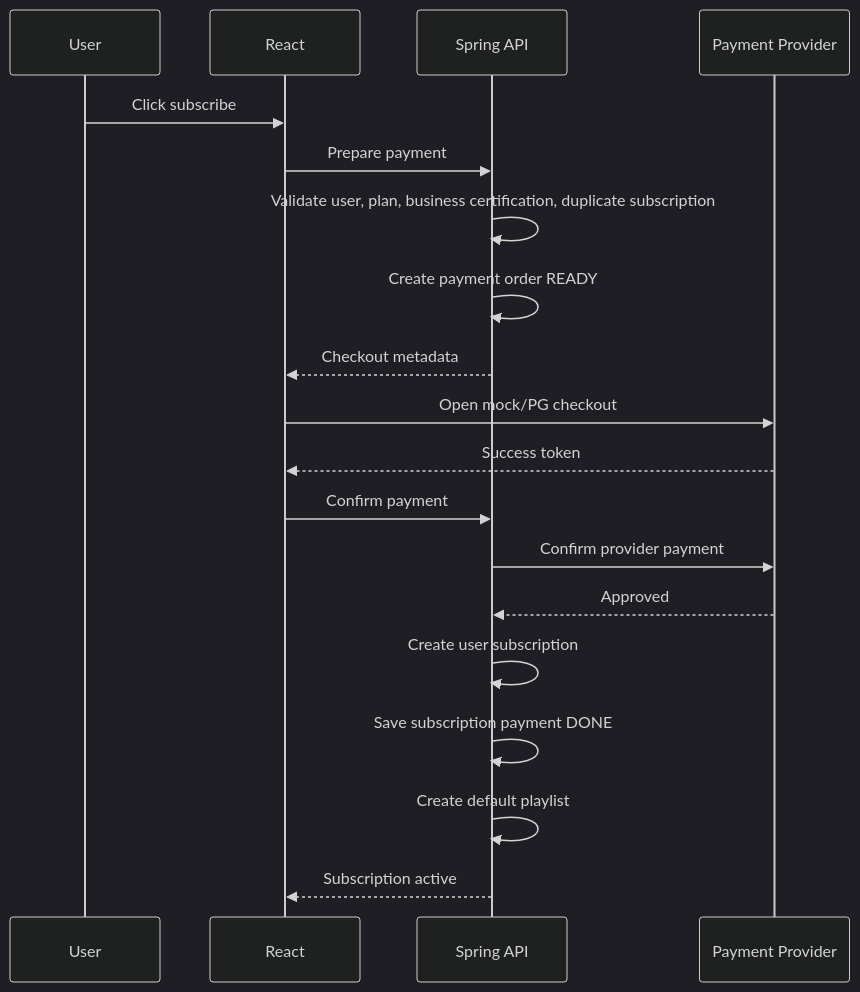
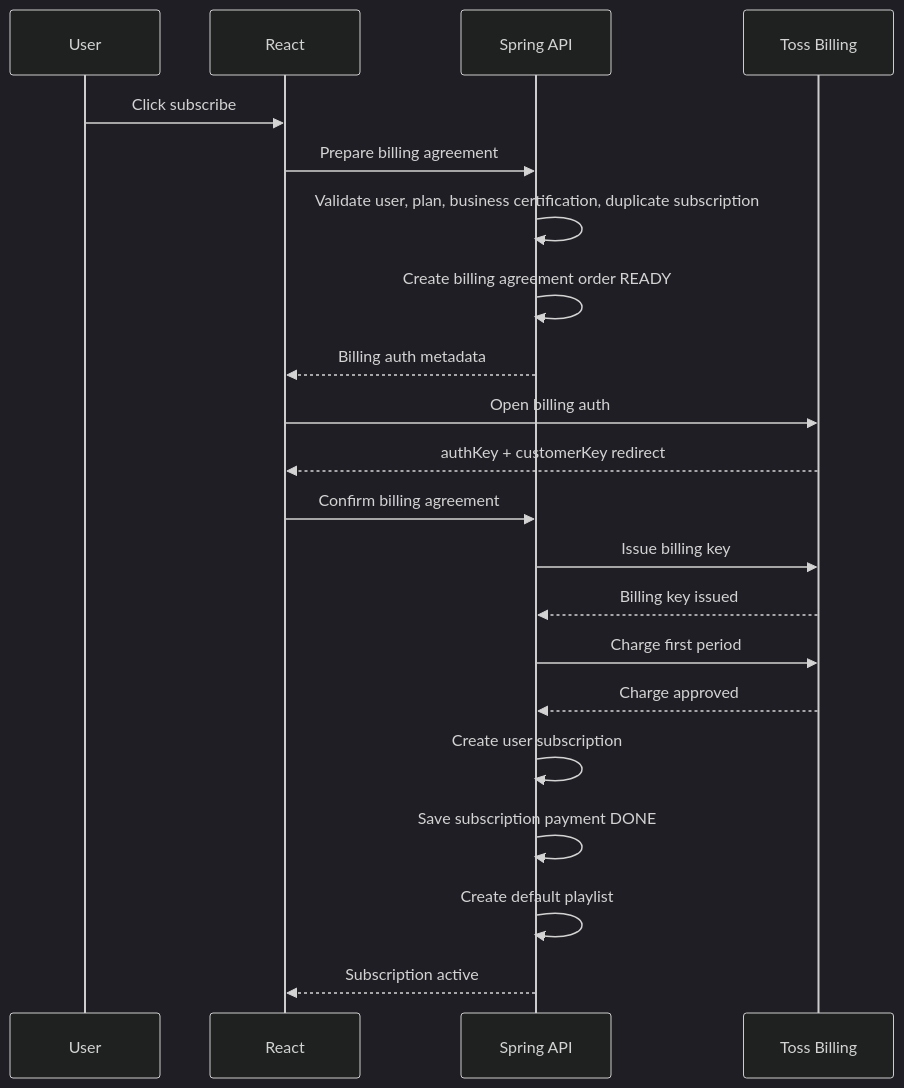
The second of 3 diagrams in docs/design/payment-integration-design.md (kyoungdonghun/ATStudio), drawn with Mermaid (dark theme) before and after one commit. The commit also changed other lines of this file and 38 other files, not shown here.

````diff
--- a/docs/design/payment-integration-design.md
+++ b/docs/design/payment-integration-design.md
@@ -444,22 +445,24 @@
 ```mermaid
 sequenceDiagram
     participant U as User
     participant FE as React
     participant BE as Spring API
-    participant PG as Payment Provider
+    participant PG as Toss Billing
 
     U->>FE: Click subscribe
-    FE->>BE: Prepare payment
+    FE->>BE: Prepare billing agreement
     BE->>BE: Validate user, plan, business certification, duplicate subscription
-    BE->>BE: Create payment order READY
-    BE-->>FE: Checkout metadata
-    FE->>PG: Open mock/PG checkout
-    PG-->>FE: Success token
-    FE->>BE: Confirm payment
-    BE->>PG: Confirm provider payment
-    PG-->>BE: Approved
+    BE->>BE: Create billing agreement order READY
+    BE-->>FE: Billing auth metadata
+    FE->>PG: Open billing auth
+    PG-->>FE: authKey + customerKey redirect
+    FE->>BE: Confirm billing agreement
+    BE->>PG: Issue billing key
+    PG-->>BE: Billing key issued
+    BE->>PG: Charge first period
+    PG-->>BE: Charge approved
     BE->>BE: Create user subscription
     BE->>BE: Save subscription payment DONE
     BE->>BE: Create default playlist
     BE-->>FE: Subscription active
 ```
````
